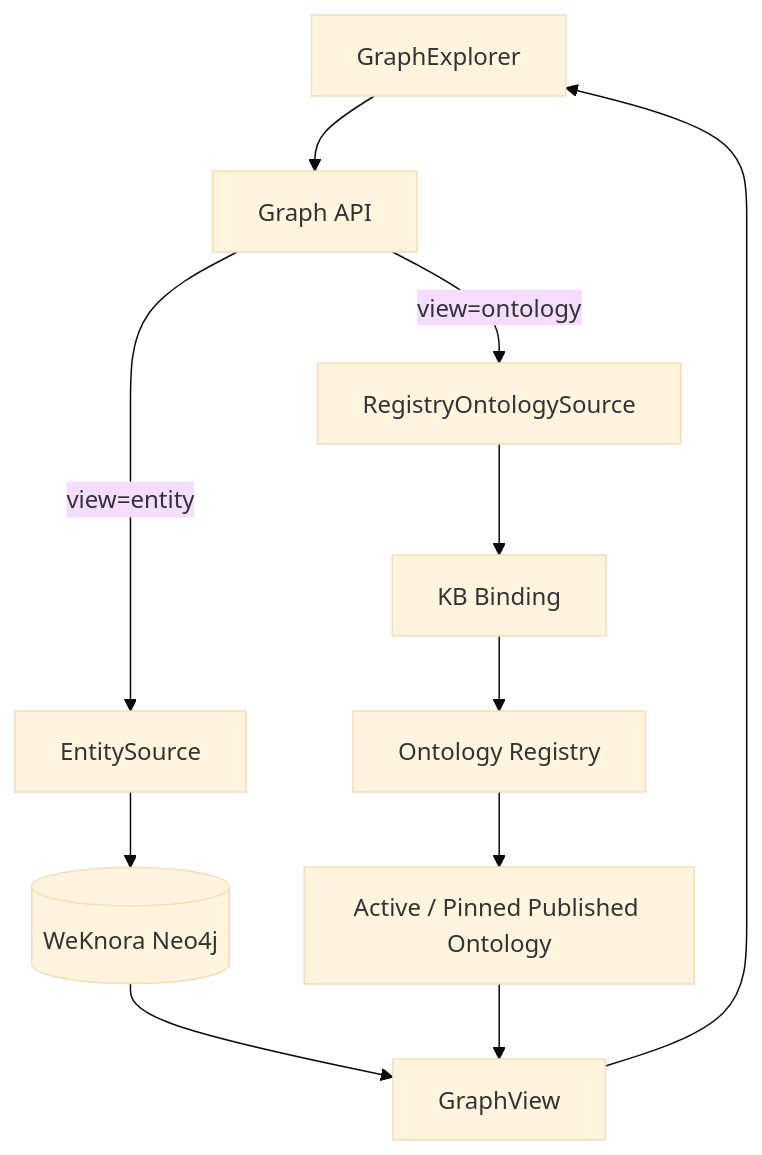
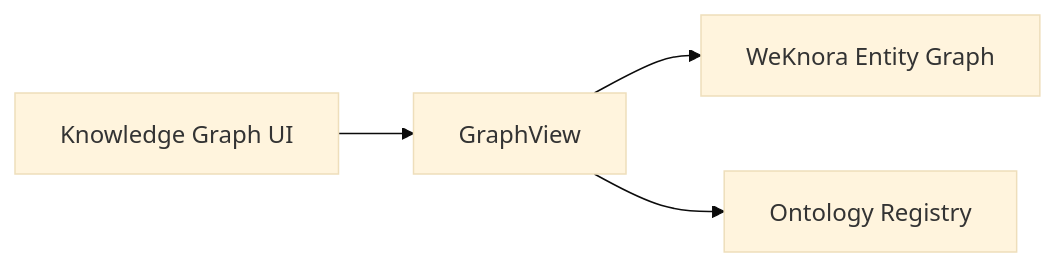
One commit to superbuzzy/Weknora-Semantica changed the third of 5 diagrams in README.md. Above: the diagram before and after it, drawn with Mermaid (base theme). The commit also changed other lines of this file and 40 other files, not shown here.

First line of the commit message:
LeeClaw v0.5 — OpenClaw 主干 + WeKnora Knowledge + OpenViking Memory/Skill

````diff
--- a/README.md
+++ b/README.md
@@ -262,13 +232,11 @@
 ```mermaid
-flowchart TB
-    UI[GraphExplorer] --> API[Graph API]
-    API -->|view=entity| ES[EntitySource]
-    API -->|view=ontology| OS[RegistryOntologySource]
-    ES --> NEO[(WeKnora Neo4j)]
-    OS --> B[KB Binding]
-    B --> REG[Ontology Registry]
-    REG --> ONT[Active / Pinned Published Ontology]
-    NEO --> GV[GraphView]
-    ONT --> GV
-    GV --> UI
+flowchart LR
+    UI[Knowledge Graph UI]
+    GV[GraphView]
+    E[WeKnora Entity Graph]
+    O[Ontology Registry]
+
+    UI --> GV
+    GV --> E
+    GV --> O
 ```
````
